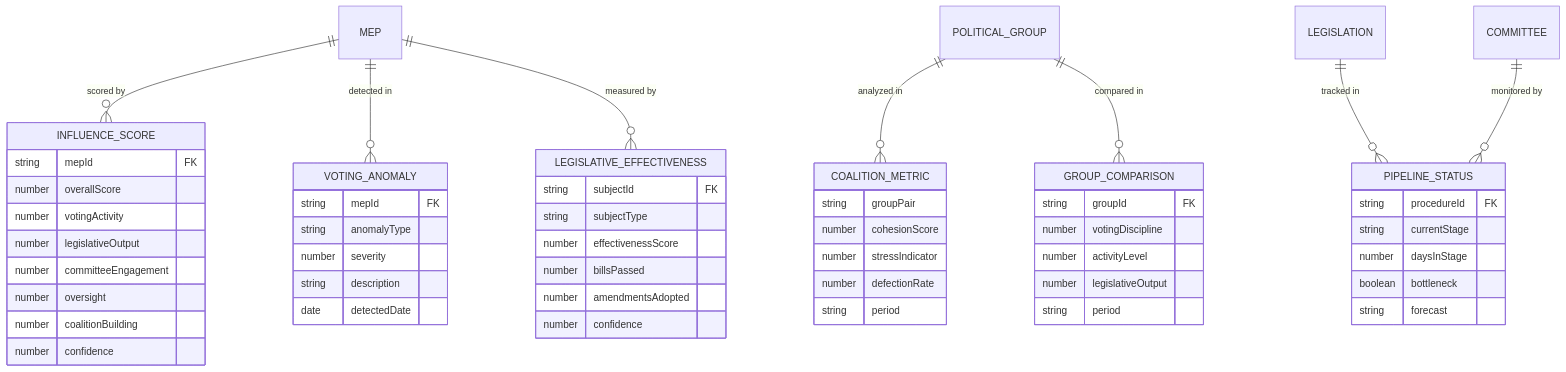
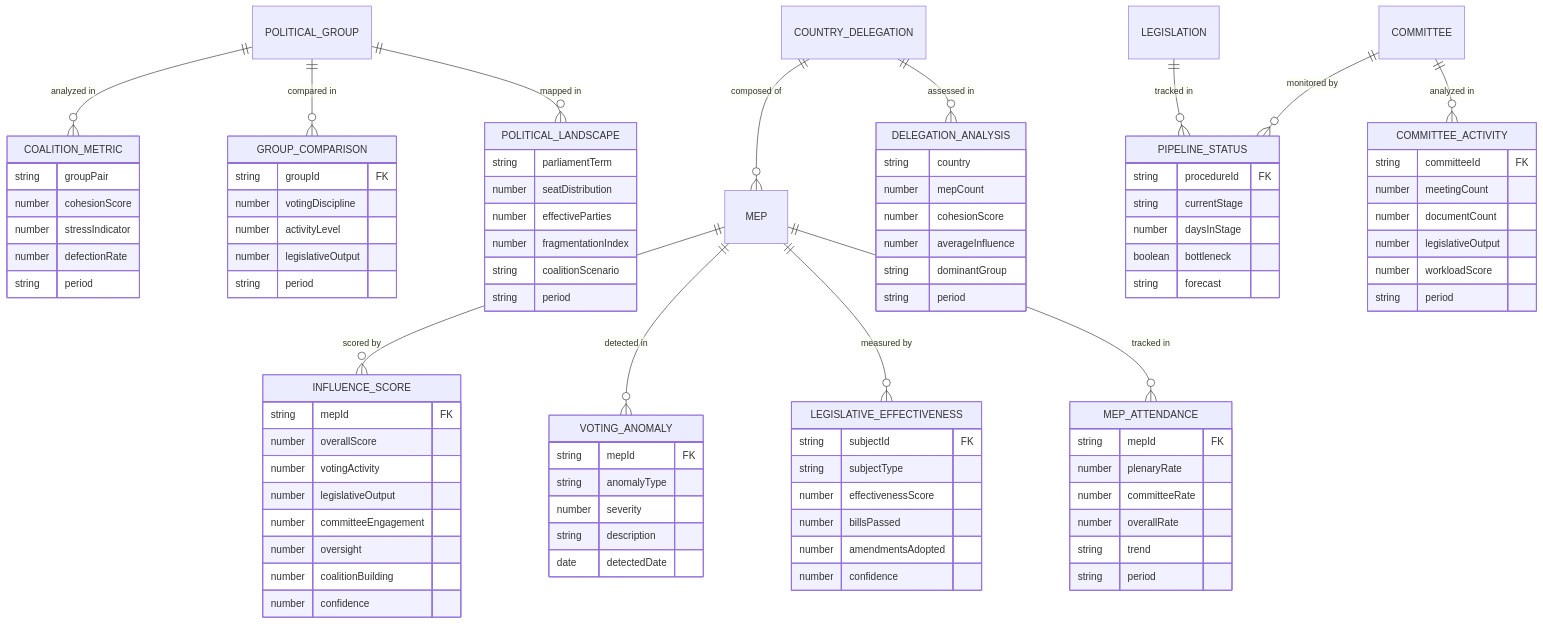
The second of 4 diagrams in DATA_MODEL.md (Hack23/European-Parliament-MCP-Server), drawn with Mermaid before and after one commit. The commit also changed other lines of this file and 8 other files, not shown here.

````diff
--- a/DATA_MODEL.md
+++ b/DATA_MODEL.md
@@ -408,12 +408,18 @@
     MEP ||--o{ INFLUENCE_SCORE : "scored by"
     MEP ||--o{ VOTING_ANOMALY : "detected in"
     MEP ||--o{ LEGISLATIVE_EFFECTIVENESS : "measured by"
+    MEP ||--o{ MEP_ATTENDANCE : "tracked in"
     
     POLITICAL_GROUP ||--o{ COALITION_METRIC : "analyzed in"
     POLITICAL_GROUP ||--o{ GROUP_COMPARISON : "compared in"
+    POLITICAL_GROUP ||--o{ POLITICAL_LANDSCAPE : "mapped in"
     
     LEGISLATION ||--o{ PIPELINE_STATUS : "tracked in"
     COMMITTEE ||--o{ PIPELINE_STATUS : "monitored by"
+    COMMITTEE ||--o{ COMMITTEE_ACTIVITY : "analyzed in"
+    
+    COUNTRY_DELEGATION ||--o{ MEP : "composed of"
+    COUNTRY_DELEGATION ||--o{ DELEGATION_ANALYSIS : "assessed in"
     
     INFLUENCE_SCORE {
         string mepId FK
@@ -466,4 +472,40 @@
         boolean bottleneck
         string forecast
     }
+    
+    COMMITTEE_ACTIVITY {
+        string committeeId FK
+        number meetingCount
+        number documentCount
+        number legislativeOutput
+        number workloadScore
+        string period
+    }
+    
+    MEP_ATTENDANCE {
+        string mepId FK
+        number plenaryRate
+        number committeeRate
+        number overallRate
+        string trend
+        string period
+    }
+    
+    DELEGATION_ANALYSIS {
+        string country
+        number mepCount
+        number cohesionScore
+        number averageInfluence
+        string dominantGroup
+        string period
+    }
+    
+    POLITICAL_LANDSCAPE {
+        string parliamentTerm
+        number seatDistribution
+        number effectiveParties
+        number fragmentationIndex
+        string coalitionScenario
+        string period
+    }
 ```
````
